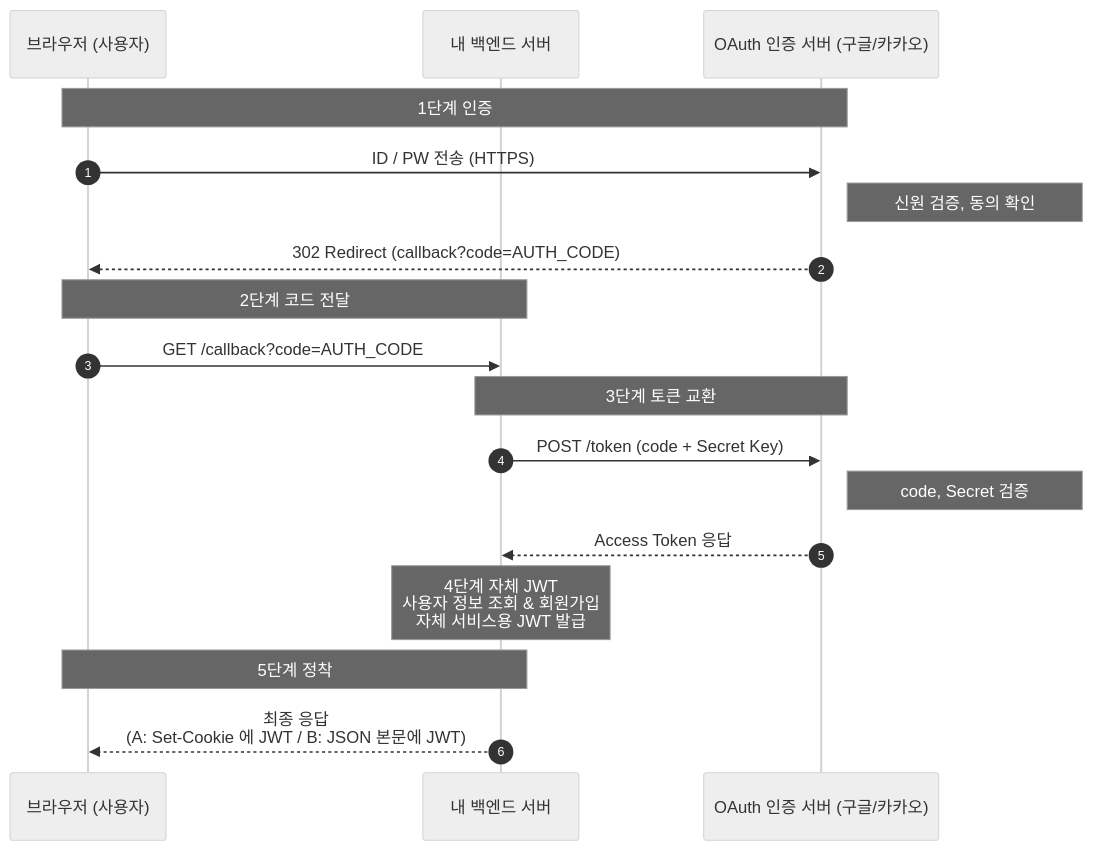
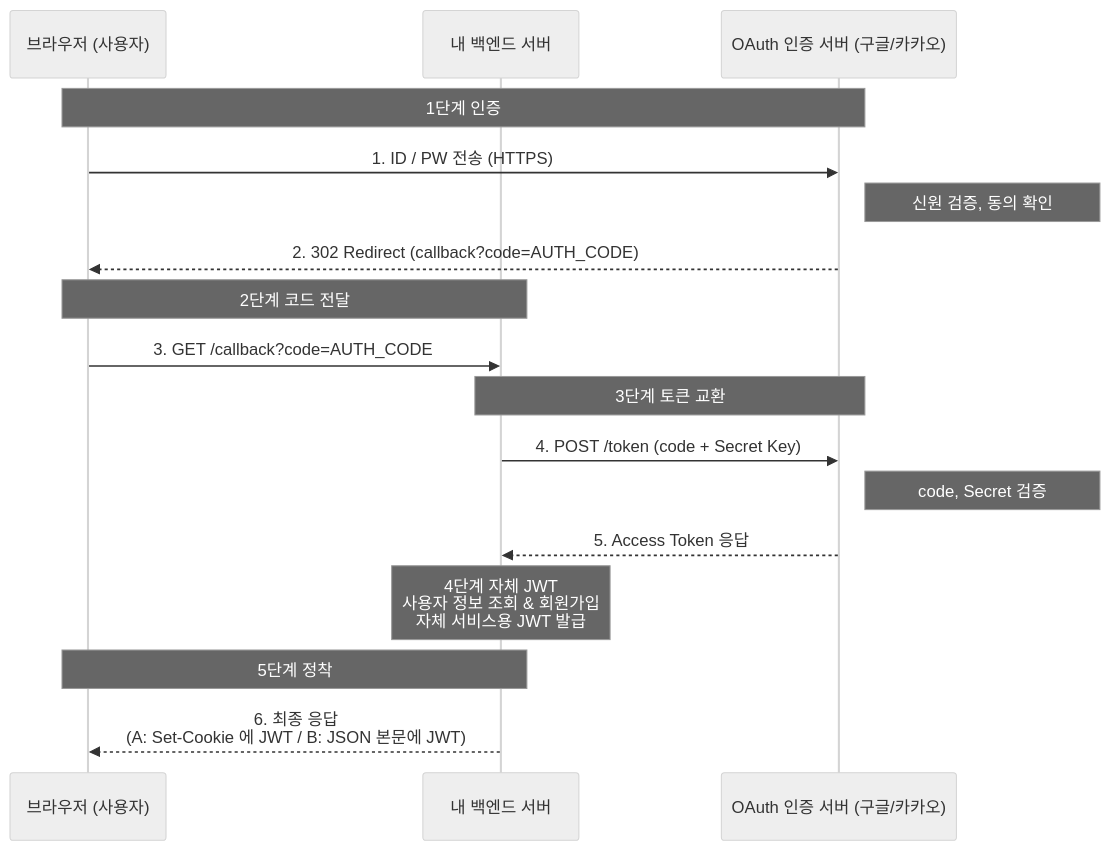
Before and after one commit to OsoriAndOmori/OsoriAndOmori.github.io: the fourth of 4 diagrams in _posts/programming/2026-09-30-내 맘대로 데이터팀 공부 루트.md, drawn with Mermaid (neutral theme). The commit also changed other lines of this file and 1 other file, not shown here.

Commit message:
Soften mermaid theme, collapse HTTP diagrams, fix chapter numbering

````diff
--- a/_posts/programming/2026-09-30-내 맘대로 데이터팀 공부 루트.md
+++ b/_posts/programming/2026-09-30-내 맘대로 데이터팀 공부 루트.md
@@ -158,25 +163,24 @@
-```mermaid
-sequenceDiagram
-    autonumber
-    participant B as 브라우저 (사용자)
-    participant S as 내 백엔드 서버
-    participant O as OAuth 인증 서버 (구글/카카오)
+  ```mermaid
+  sequenceDiagram
+      participant B as 브라우저 (사용자)
+      participant S as 내 백엔드 서버
+      participant O as OAuth 인증 서버 (구글/카카오)
 
-    Note over B,O: 1단계 인증
-    B->>O: ID / PW 전송 (HTTPS)
-    Note right of O: 신원 검증, 동의 확인
-    O-->>B: 302 Redirect (callback?code=AUTH_CODE)
+      Note over B,O: 1단계 인증
+      B->>O: 1. ID / PW 전송 (HTTPS)
+      Note right of O: 신원 검증, 동의 확인
+      O-->>B: 2. 302 Redirect (callback?code=AUTH_CODE)
 
-    Note over B,S: 2단계 코드 전달
-    B->>S: GET /callback?code=AUTH_CODE
+      Note over B,S: 2단계 코드 전달
+      B->>S: 3. GET /callback?code=AUTH_CODE
 
-    Note over S,O: 3단계 토큰 교환
-    S->>O: POST /token (code + Secret Key)
-    Note right of O: code, Secret 검증
-    O-->>S: Access Token 응답
+      Note over S,O: 3단계 토큰 교환
+      S->>O: 4. POST /token (code + Secret Key)
+      Note right of O: code, Secret 검증
+      O-->>S: 5. Access Token 응답
 
-    Note over S: 4단계 자체 JWT<br/>사용자 정보 조회 & 회원가입<br/>자체 서비스용 JWT 발급
+      Note over S: 4단계 자체 JWT<br/>사용자 정보 조회 & 회원가입<br/>자체 서비스용 JWT 발급
 
-    Note over B,S: 5단계 정착
-    S-->>B: 최종 응답<br/>(A: Set-Cookie 에 JWT / B: JSON 본문에 JWT)
-```
+      Note over B,S: 5단계 정착
+      S-->>B: 6. 최종 응답<br/>(A: Set-Cookie 에 JWT / B: JSON 본문에 JWT)
+  ```
````
